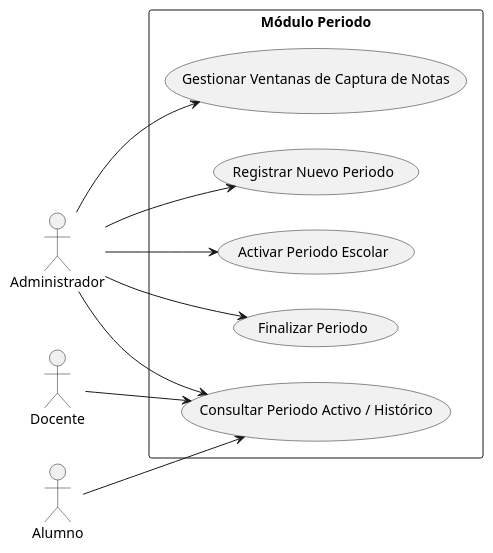
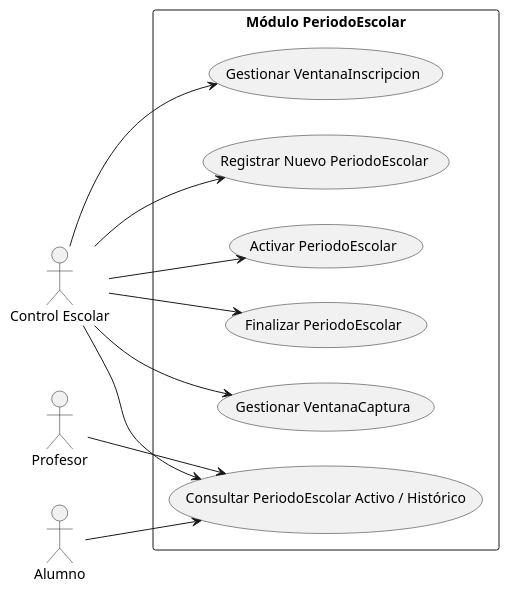
One commit to Sudo-pacman-Rootkit/26b_is1_proyecto-final changed the first of 7 diagrams in modulos/m02_periodo.md. Above: the diagram before and after it, drawn with PlantUML. The commit also changed other lines of this file and 7 other files, not shown here.

Commit message:
Se corrige el diagrama de casos de uso del modulo periodo y se agregan los diagramas de secuencia de este modulo.

````diff
--- a/modulos/m02_periodo.md
+++ b/modulos/m02_periodo.md
@@ -36,27 +36,29 @@
 ```plantuml
 @startuml
 left to right direction
 skinparam packageStyle rectangle
 
-actor "Administrador" as Admin
-actor "Docente" as Docente
+actor "Control Escolar" as CE
+actor "Profesor" as Profesor
 actor "Alumno" as Alumno
 
-rectangle "Módulo Periodo" {
-    usecase "Registrar Nuevo Periodo" as UC1
-    usecase "Activar Periodo Escolar" as UC2
-    usecase "Consultar Periodo Activo / Histórico" as UC3
-    usecase "Finalizar Periodo" as UC4
-    usecase "Gestionar Ventanas de Captura de Notas" as UC5
+rectangle "Módulo PeriodoEscolar" {
+    usecase "Registrar Nuevo PeriodoEscolar" as UC1
+    usecase "Activar PeriodoEscolar" as UC2
+    usecase "Consultar PeriodoEscolar Activo / Histórico" as UC3
+    usecase "Finalizar PeriodoEscolar" as UC4
+    usecase "Gestionar VentanaCaptura" as UC5
+    usecase "Gestionar VentanaInscripcion" as UC6
 }
 
-Admin --> UC1
-Admin --> UC2
-Admin --> UC3
-Admin --> UC4
-Admin --> UC5
+CE --> UC1
+CE --> UC2
+CE --> UC3
+CE --> UC4
+CE --> UC5
+CE --> UC6
 
-Docente --> UC3
+Profesor --> UC3
 Alumno --> UC3
 @enduml
 ```
````
